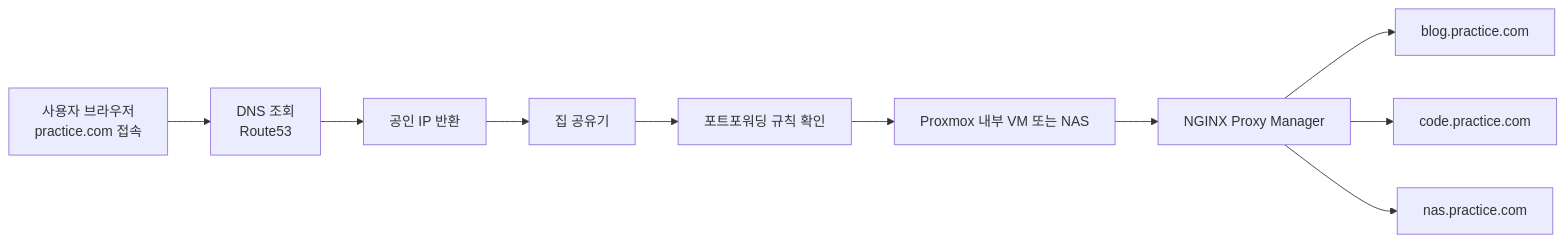
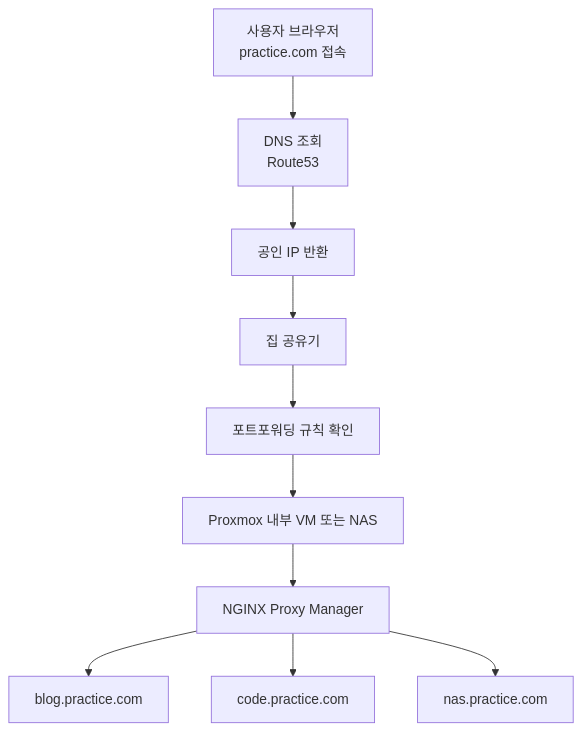
Before and after one commit to dreamjh1111/dreamjh1111.github.io: the first of 2 diagrams in content/#02 홈서버/#02 홈서버 활용기/HTTPS & NGINX Proxy Manager.md, drawn with Mermaid. The commit also changed 3 other files, not shown here.

First line of the commit message:
Design: Improve mermaid diagram rendering

````diff
--- a/content/#02 홈서버/#02 홈서버 활용기/HTTPS & NGINX Proxy Manager.md
+++ b/content/#02 홈서버/#02 홈서버 활용기/HTTPS & NGINX Proxy Manager.md
@@ -30,12 +30,12 @@
 ```mermaid
-flowchart LR
+flowchart TD
     A[사용자 브라우저<br/>practice.com 접속] --> B[DNS 조회<br/>Route53]
     B --> C[공인 IP 반환]
     C --> D[집 공유기]
     D --> E[포트포워딩 규칙 확인]
     E --> F[Proxmox 내부 VM 또는 NAS]
     F --> G[NGINX Proxy Manager]
     G --> H[blog.practice.com]
     G --> I[code.practice.com]
     G --> J[nas.practice.com]
 ```
````
